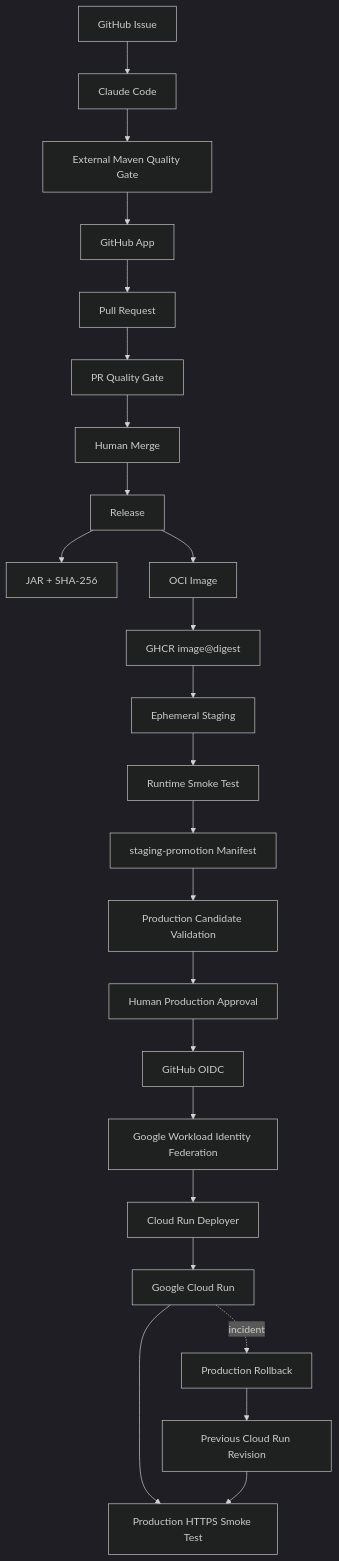
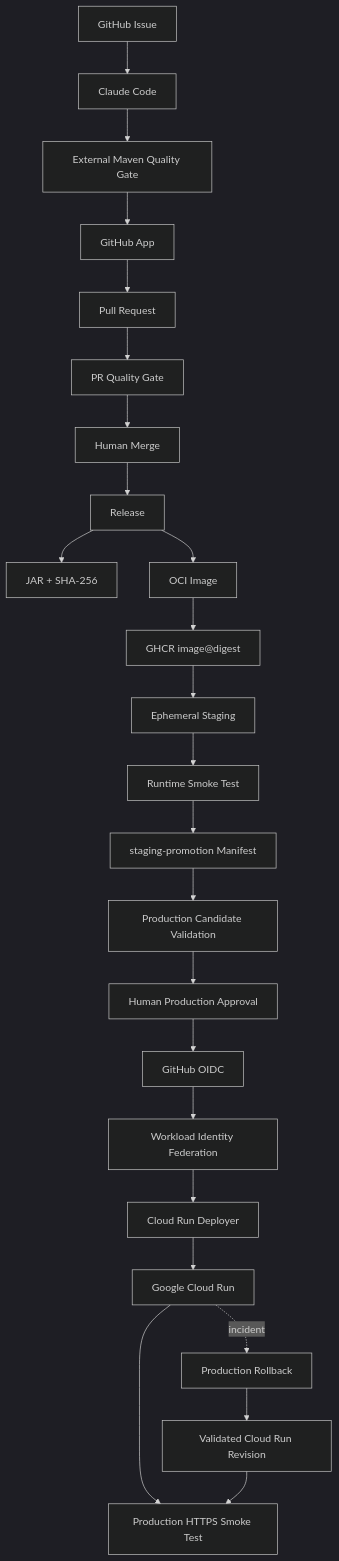
The first of 3 diagrams in README.md (RodolGiaco/pipeline-orchestrated), drawn with Mermaid (dark theme) before and after one commit. The commit also changed other lines of this file and 2 other files, not shown here.

````diff
--- a/README.md
+++ b/README.md
@@ -48,30 +163,30 @@
 ```mermaid
 flowchart TD
     A[GitHub Issue] --> B[Claude Code]
     B --> C[External Maven Quality Gate]
     C --> D[GitHub App]
     D --> E[Pull Request]
     E --> F[PR Quality Gate]
     F --> G[Human Merge]
 
     G --> H[Release]
     H --> I[JAR + SHA-256]
     H --> J[OCI Image]
     J --> K[GHCR image@digest]
 
     K --> L[Ephemeral Staging]
     L --> M[Runtime Smoke Test]
     M --> N[staging-promotion Manifest]
 
     N --> O[Production Candidate Validation]
     O --> P[Human Production Approval]
     P --> Q[GitHub OIDC]
-    Q --> R[Google Workload Identity Federation]
+    Q --> R[Workload Identity Federation]
     R --> S[Cloud Run Deployer]
     S --> T[Google Cloud Run]
     T --> U[Production HTTPS Smoke Test]
 
     T -. incident .-> V[Production Rollback]
-    V --> W[Previous Cloud Run Revision]
+    V --> W[Validated Cloud Run Revision]
     W --> U
 ```
````
